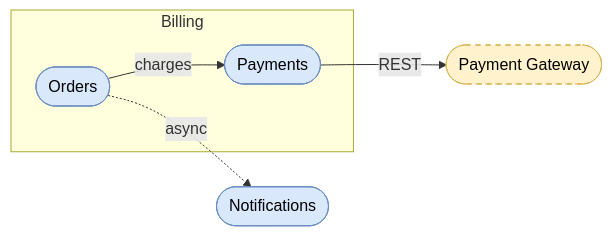
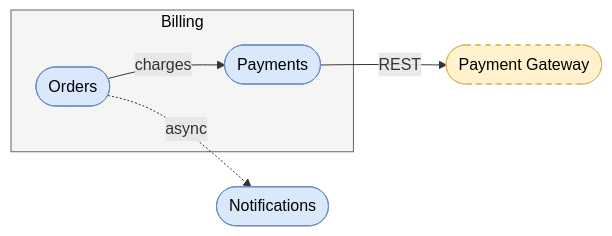
One commit to AdamBien/airails changed the first of 2 diagrams in documentation/mermaid/SKILL.md. Above: the diagram before and after it, drawn with Mermaid. The commit also changed other lines of this file, not shown here.

````diff
--- a/documentation/mermaid/SKILL.md
+++ b/documentation/mermaid/SKILL.md
@@ -53,13 +57,15 @@
 ```mermaid
 graph LR
     subgraph Billing
         Orders([Orders]) -->|charges| Payments([Payments])
     end
     Orders -.->|async| Notifications([Notifications])
     Payments -->|REST| PayGW([Payment Gateway])
 
     classDef bc fill:#dae8fc,stroke:#6c8ebf,color:#000
+    classDef subsystem fill:#f5f5f5,stroke:#666666,color:#000
     classDef ext fill:#fff2cc,stroke:#d6b656,color:#000,stroke-dasharray:5 5
     class Orders,Payments,Notifications bc
+    class Billing subsystem
     class PayGW ext
 ```
````
